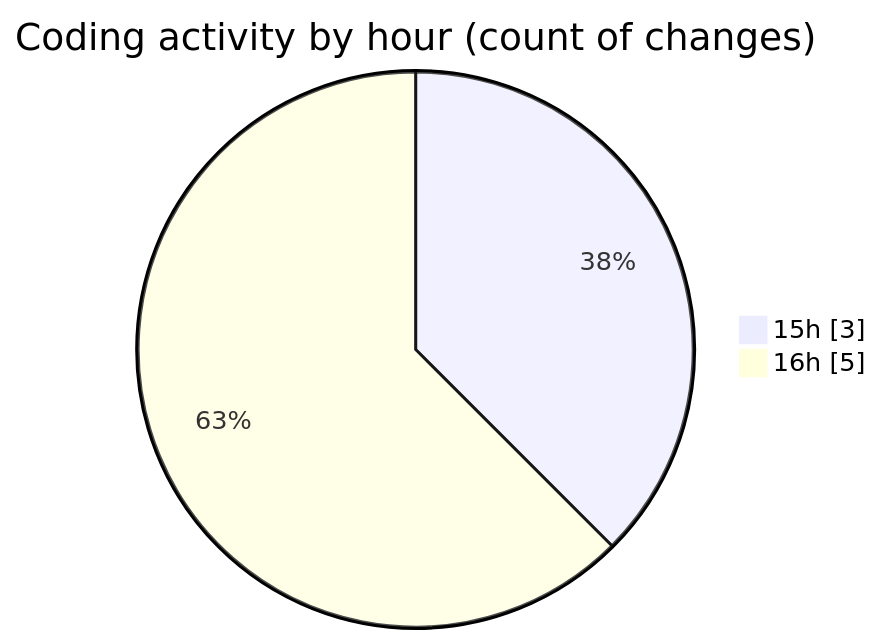
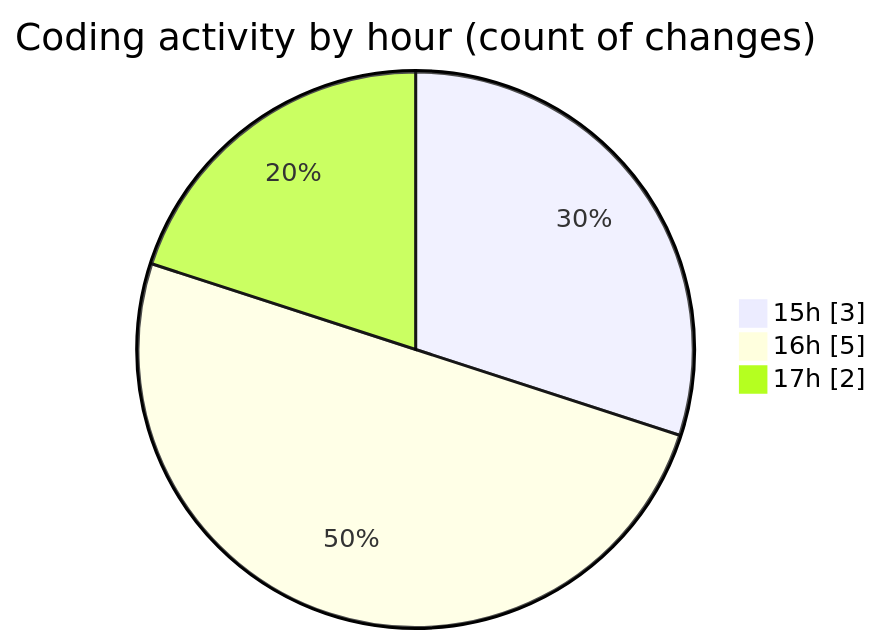
The second of 2 diagrams in 2025-01-07/mbc-web/README.md (robertbonfada/code-tracking), drawn with Mermaid before and after one commit. The commit also changed other lines of this file and 1 other file, not shown here.

````diff
--- a/2025-01-07/mbc-web/README.md
+++ b/2025-01-07/mbc-web/README.md
@@ -30,6 +32,7 @@
 ```mermaid
 pie showData
 title Coding activity by hour (count of changes)
 "15h" : 3
 "16h" : 5
+"17h" : 2
 ```
````
